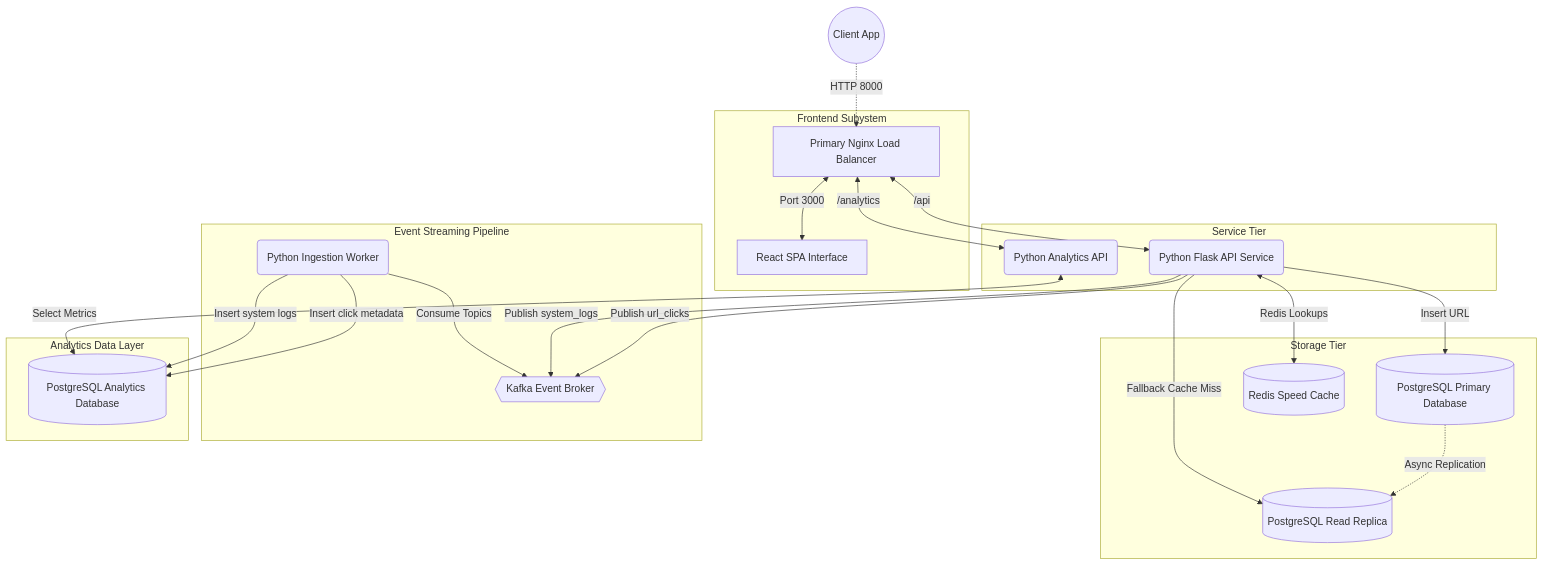
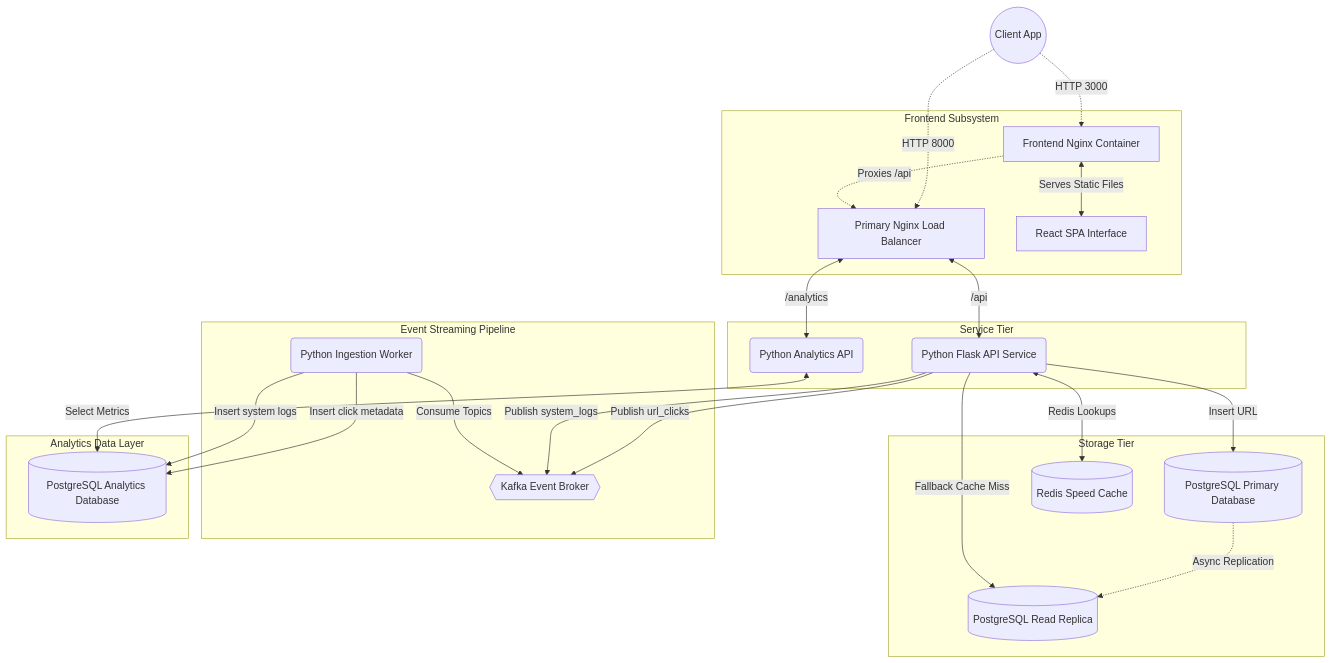
Before and after one commit to HimanM/SAP01---URL-Shortner: the first of 4 diagrams in README.md, drawn with Mermaid. The commit also changed other lines of this file and 1 other file, not shown here.

Commit message:
docs: clarify nginx proxy layer architecture in README and diagram

````diff
--- a/README.md
+++ b/README.md
@@ -26,32 +26,34 @@
 ```mermaid
 graph TD
-    Client((Client App)) -.->|HTTP 8000| Nginx[Primary Nginx Load Balancer]
+    Client((Client App)) -.->|HTTP 3000| FrontendNginx[Frontend Nginx Container]
+    Client -.->|HTTP 8000| MainNginx[Primary Nginx Load Balancer]
     
-    subgraph Frontend Subystem
-        Nginx <-->|Port 3000| React[React SPA Interface]
+    subgraph Frontend Subsystem
+        FrontendNginx <-->|Serves Static Files| React[React SPA Interface]
+        FrontendNginx -.->|Proxies /api| MainNginx
     end
 
     subgraph Service Tier
-        Nginx <-->|/api| API(Python Flask API Service)
-        Nginx <-->|/analytics| Analytics(Python Analytics API)
+        MainNginx <-->|/api| API(Python Flask API Service)
+        MainNginx <-->|/analytics| Analytics(Python Analytics API)
     end
     
     subgraph Storage Tier
         API -->|Insert URL| PrimaryDb[(PostgreSQL Primary Database)]
         PrimaryDb -.->|Async Replication| ReplicaDb[(PostgreSQL Read Replica)]
         API <-->|Redis Lookups| Redis[(Redis Speed Cache)]
         API -->|Fallback Cache Miss| ReplicaDb
     end
     
     subgraph Event Streaming Pipeline
         API -->|Publish url_clicks| Kafka{{Kafka Event Broker}}
         API -->|Publish system_logs| Kafka
         Worker(Python Ingestion Worker) -->|Consume Topics| Kafka
     end
     
     subgraph Analytics Data Layer
         Worker -->|Insert click metadata| AnalyticsDb[(PostgreSQL Analytics Database)]
         Worker -->|Insert system logs| AnalyticsDb
         Analytics <-->|Select Metrics| AnalyticsDb
     end
 ```
````
